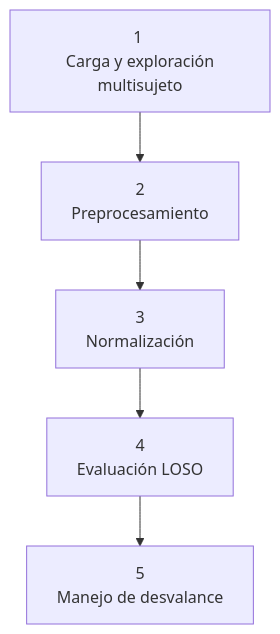
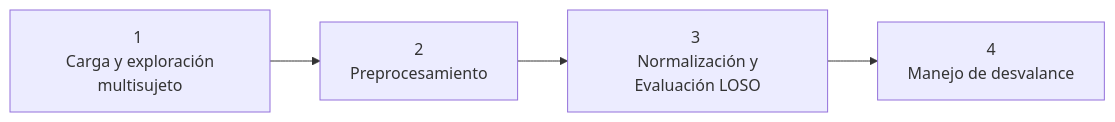
Before and after one commit to NaTHuber/wesad-stress-classifier: the third of 4 diagrams in docs/notes.md, drawn with Mermaid. The commit also changed other lines of this file and 5 other files, not shown here.

````diff
--- a/docs/notes.md
+++ b/docs/notes.md
@@ -235,7 +235,6 @@
   ```mermaid
-    graph TD 
+    graph LR 
       A[1 <br> Carga y exploración multisujeto]-->B[ 2 <br> Preprocesamiento]
-      B-->C[3 <br> Normalización]
-      C-->D[4 <br> Evaluación LOSO]
-      D-->E[5 <br> Manejo de desvalance]
+      B-->C[3 <br> Normalización y Evaluación LOSO]
+      C-->D[4 <br> Manejo de desvalance]
   ```
````
